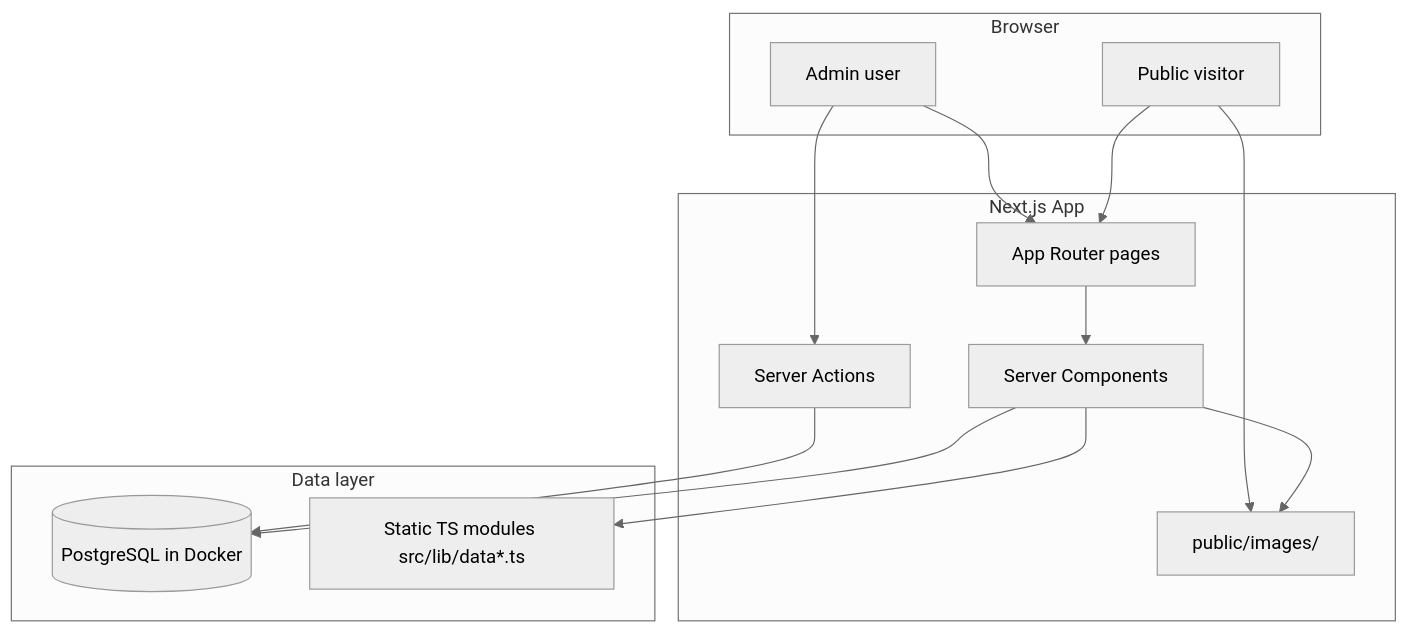
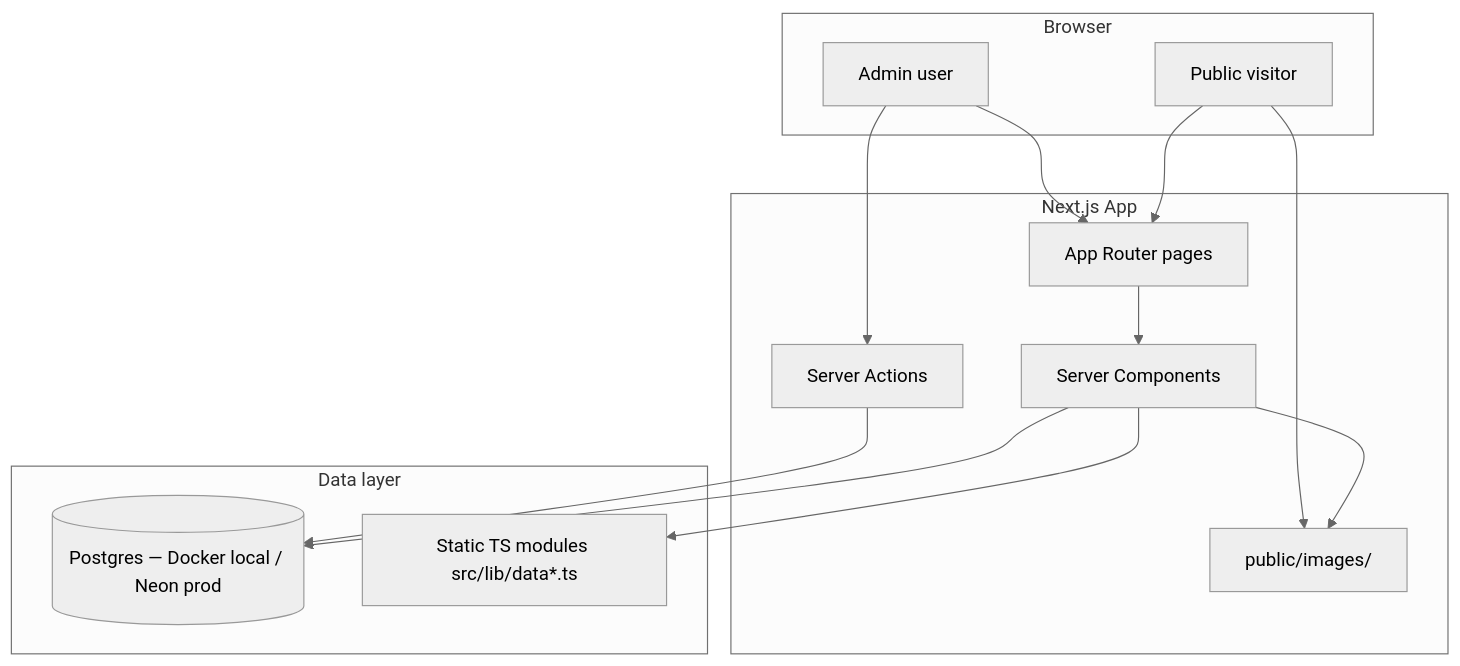
One commit to Aknaim/aknaim.com changed the first of 10 diagrams in docs/application-architecture.md. Above: the diagram before and after it, drawn with Mermaid (neutral theme). The commit also changed other lines of this file and 3 other files, not shown here.

First line of the commit message:
Add end-to-end local and Cloudflare deployment docs with diagrams.

````diff
--- a/docs/application-architecture.md
+++ b/docs/application-architecture.md
@@ -14,29 +16,29 @@
 ```mermaid
 flowchart TB
   subgraph client [Browser]
     PublicUser[Public visitor]
     AdminUser[Admin user]
   end
 
   subgraph next [Next.js App]
     AppRouter[App Router pages]
     ServerComponents[Server Components]
     ServerActions[Server Actions]
     StaticFiles["public/images/"]
   end
 
   subgraph data [Data layer]
-    Postgres[(PostgreSQL in Docker)]
+    Postgres[(Postgres — Docker local / Neon prod)]
     StaticTS["Static TS modules src/lib/data*.ts"]
   end
 
   PublicUser --> AppRouter
   AdminUser --> AppRouter
   AppRouter --> ServerComponents
   AdminUser --> ServerActions
   ServerComponents --> Postgres
   ServerComponents --> StaticTS
   ServerActions --> Postgres
   ServerComponents --> StaticFiles
   PublicUser --> StaticFiles
 ```
````
